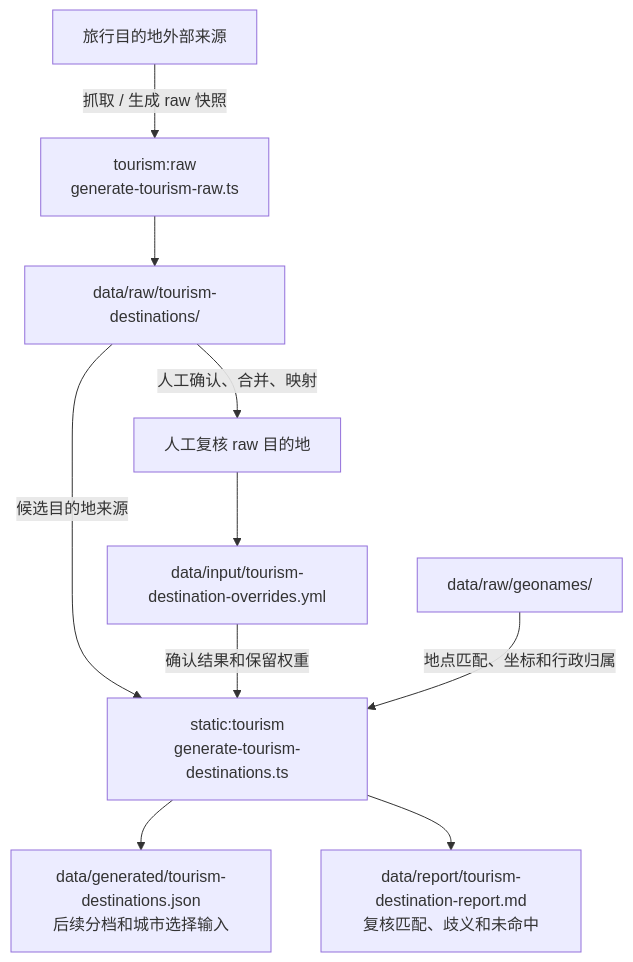
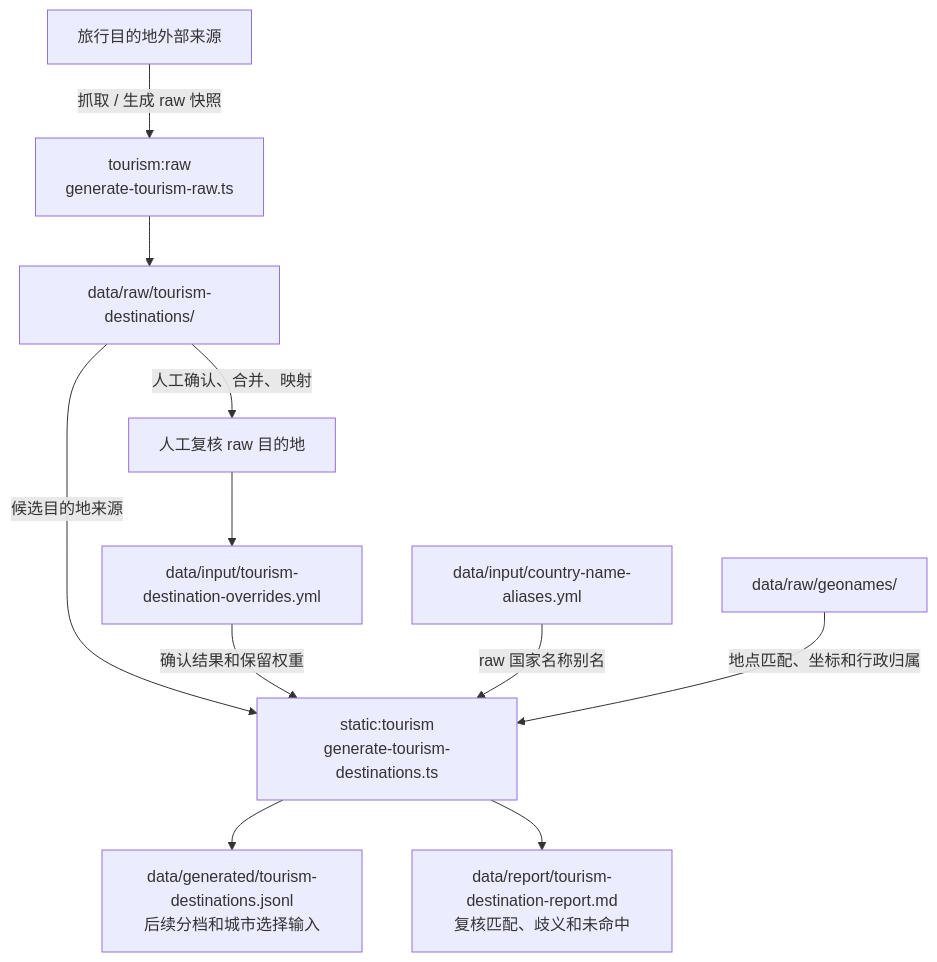
Before and after one commit to xiaomingio/weather-trip: the second of 6 diagrams in docs/specs/31-data-flow.md, drawn with Mermaid. The commit also changed other lines of this file and 499 other files, not shown here.

Commit message:
chore: compact generated public data

````diff
--- a/docs/specs/31-data-flow.md
+++ b/docs/specs/31-data-flow.md
@@ -131,20 +163,22 @@
 ```mermaid
 flowchart TB
   externalTourism["旅行目的地外部来源"]
   generateTourismRaw["tourism:raw<br/>generate-tourism-raw.ts"]
   rawTourism["data/raw/tourism-destinations/"]
   tourismReview["人工复核 raw 目的地"]
   tourismInput["data/input/tourism-destination-overrides.yml"]
+  countryAliases["data/input/country-name-aliases.yml"]
   rawGeonames["data/raw/geonames/"]
   generateTourism["static:tourism<br/>generate-tourism-destinations.ts"]
-  tourismData["data/generated/tourism-destinations.json<br/>后续分档和城市选择输入"]
+  tourismData["data/generated/tourism-destinations.jsonl<br/>后续分档和城市选择输入"]
   tourismReport["data/report/tourism-destination-report.md<br/>复核匹配、歧义和未命中"]
 
   externalTourism -->|抓取 / 生成 raw 快照| generateTourismRaw --> rawTourism
   rawTourism -->|人工确认、合并、映射| tourismReview --> tourismInput
   rawTourism -->|候选目的地来源| generateTourism
   tourismInput -->|确认结果和保留权重| generateTourism
+  countryAliases -->|raw 国家名称别名| generateTourism
   rawGeonames -->|地点匹配、坐标和行政归属| generateTourism
   generateTourism --> tourismData
   generateTourism --> tourismReport
 ```
````
